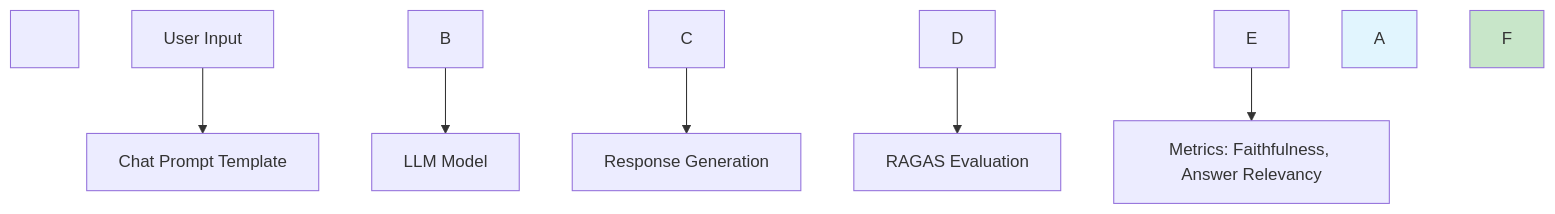
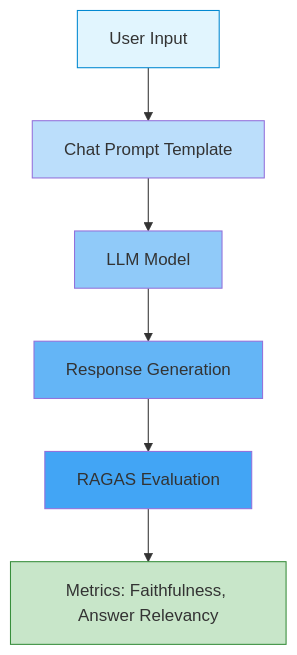
Before and after one commit to dhruvsh1997/RAGAS-Experiments: the first of 4 diagrams in README.MD, drawn with Mermaid. The commit also changed other lines of this file, not shown here.

````diff
--- a/README.MD
+++ b/README.MD
@@ -107,21 +54,15 @@
 ```mermaid
-
 graph TD
-
-&nbsp;   A\[User Input] --> B\[Chat Prompt Template]
-
-&nbsp;   B --> C\[LLM Model]
-
-&nbsp;   C --> D\[Response Generation]
-
-&nbsp;   D --> E\[RAGAS Evaluation]
-
-&nbsp;   E --> F\[Metrics: Faithfulness, Answer Relevancy]
-
-&nbsp;   
-
-&nbsp;   style A fill:#e1f5fe
-
-&nbsp;   style F fill:#c8e6c9
-
+    A[User Input] --> B[Chat Prompt Template]
+    B --> C[LLM Model]
+    C --> D[Response Generation]
+    D --> E[RAGAS Evaluation]
+    E --> F[Metrics: Faithfulness, Answer Relevancy]
+    
+    style A fill:#e1f5fe,stroke:#0288d1
+    style B fill:#bbdefb
+    style C fill:#90caf9
+    style D fill:#64b5f6
+    style E fill:#42a5f5
+    style F fill:#c8e6c9,stroke:#388e3c
 ```
````
